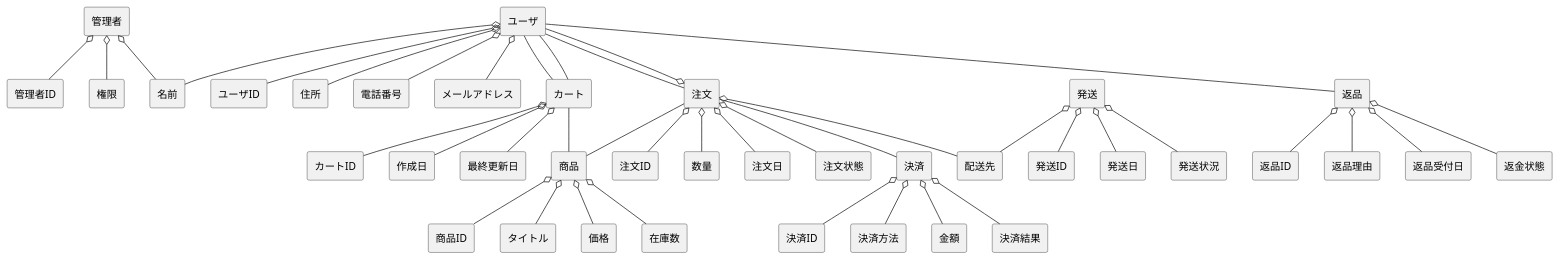
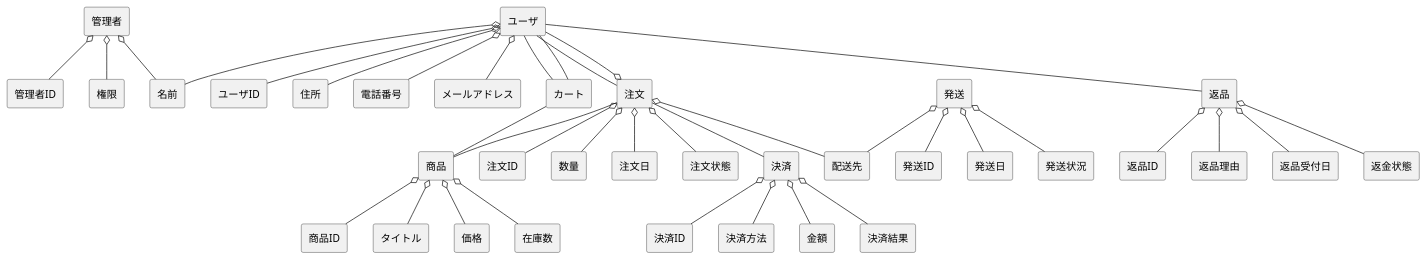
The diagram in BBshop/domain.pu (ghbuser12/ohara_uml), drawn with PlantUML before and after one commit.

```diff
--- a/BBshop/domain.pu
+++ b/BBshop/domain.pu
@@ -1,63 +1,60 @@
 @startuml BBショップドメインモデル図
 skinparam componentStyle rectangle
 
 ' ユーザ
 ' ユーザID、名前、住所、電話番号、メールアドレス
 [ユーザ] o-- [ユーザID]
 [ユーザ] o-- [名前]
 [ユーザ] o-- [住所]
 [ユーザ] o-- [電話番号]
 [ユーザ] o-- [メールアドレス]
 [ユーザ] -- [注文]
 [ユーザ] -- [返品]
 
 ' 商品
 ' 商品ID、タイトル、価格、在庫数
 [商品] o-- [商品ID]
 [商品] o-- [タイトル]
 [商品] o-- [価格]
 [商品] o-- [在庫数]
 ' 注文
 ' 注文ID、数量、注文日、配送先、注文状態
 [注文] o-- [注文ID]
 [注文] o-- [ユーザ]
 [注文] -- [商品]
 [注文] o-- [数量]
 [注文] o-- [注文日]
 [注文] o-- [配送先]
 [注文] o-- [注文状態]
 [注文] -- [決済]
 ' 決済
 ' 決済ID、決済方法、金額、決済結果
 [決済] o-- [決済ID]
 [決済] o-- [決済方法]
 [決済] o-- [金額]
 [決済] o-- [決済結果]
 ' 発送
 ' 発送ID、配送先、発送日、発送状況
 [発送] o-- [発送ID]
 [発送] o-- [配送先]
 [発送] o-- [発送日]
 [発送] o-- [発送状況]
 ' 返品
 ' 返品ID、返品理由、返品受付日、返金状態
 [返品] o-- [返品ID]
 [返品] o-- [返品理由]
 [返品] o-- [返品受付日]
 [返品] o-- [返金状態]
 ' 管理者
 ' 管理者ID、名前、権限
 [管理者] o-- [管理者ID]
 [管理者] o-- [名前]
 [管理者] o-- [権限]
 ' ===== カート機能の追加 =====
-[カート] o-- [カートID]
-[カート] o-- [作成日]
-[カート] o-- [最終更新日]
 [カート] -- [ユーザ]
 
 
 ' 関連（わかりやすさのため明示）
 [ユーザ] -- [カート]
 [カート] -- [商品]
 @enduml
```
